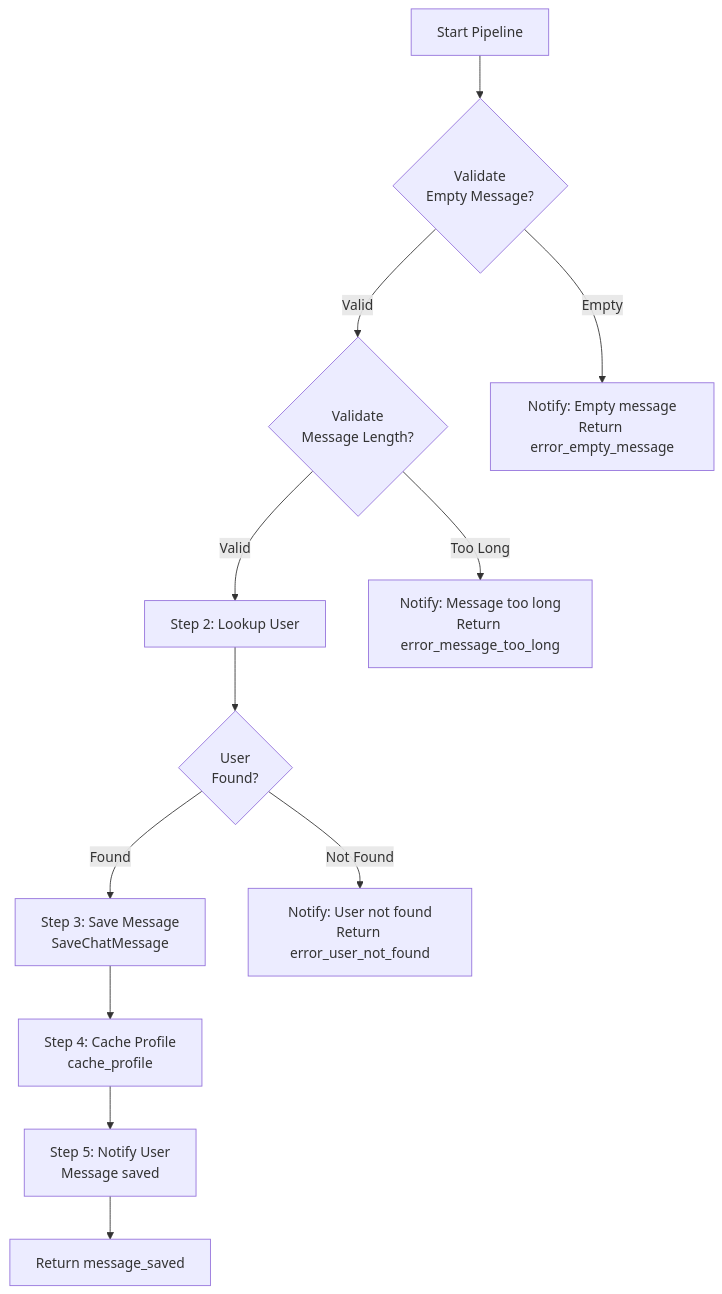
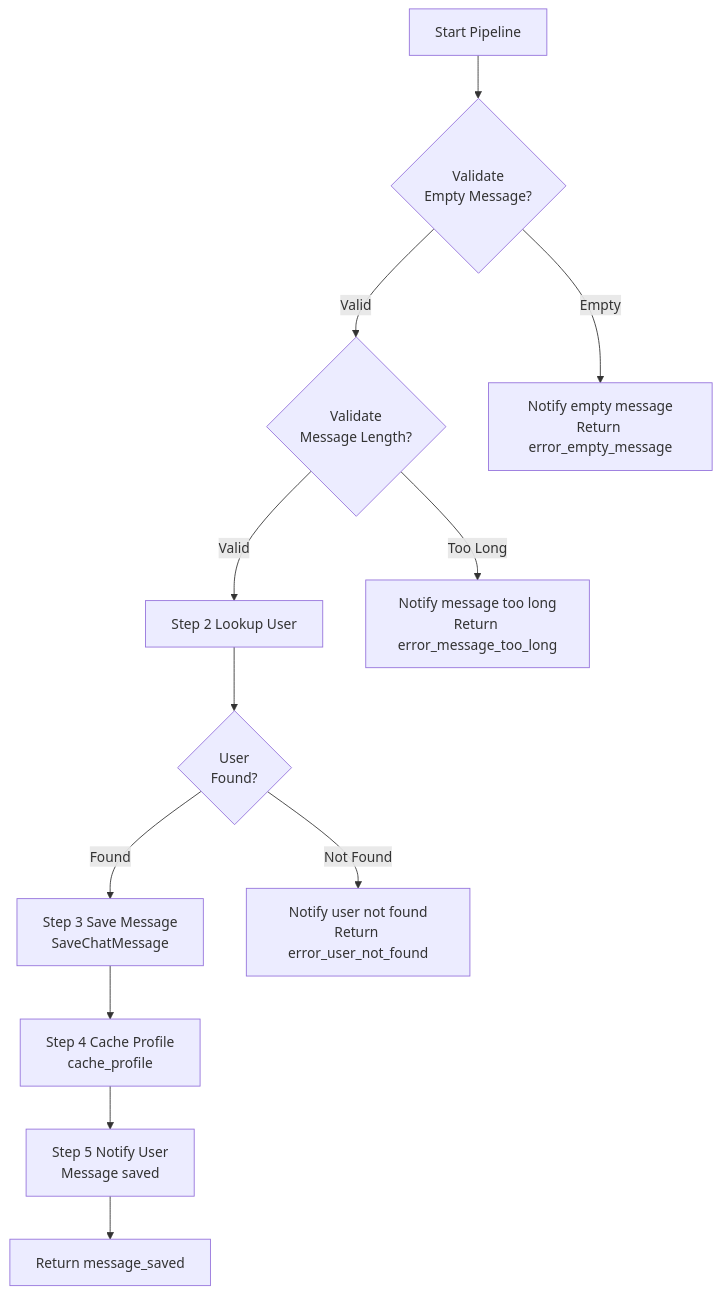
One commit to Tuee22/effectful changed the second of 2 diagrams in documents/tutorials/06_advanced_composition.md. Above: the diagram before and after it, drawn with Mermaid. The commit also changed 22 other files, not shown here.

````diff
--- a/documents/tutorials/06_advanced_composition.md
+++ b/documents/tutorials/06_advanced_composition.md
@@ -400,28 +400,28 @@
 ```mermaid
 flowchart TB
     Start[Start Pipeline]
     ValidateEmpty{Validate<br/>Empty Message?}
     ValidateLength{Validate<br/>Message Length?}
-    LookupUser[Step 2: Lookup User]
+    LookupUser[Step 2 Lookup User]
     UserExists{User<br/>Found?}
-    SaveMessage[Step 3: Save Message<br/>SaveChatMessage]
-    CacheProfile[Step 4: Cache Profile<br/>cache_profile]
-    NotifySuccess[Step 5: Notify User<br/>Message saved]
+    SaveMessage[Step 3 Save Message<br/>SaveChatMessage]
+    CacheProfile[Step 4 Cache Profile<br/>cache_profile]
+    NotifySuccess[Step 5 Notify User<br/>Message saved]
 
-    ErrorEmpty[Notify: Empty message<br/>Return error_empty_message]
-    ErrorLength[Notify: Message too long<br/>Return error_message_too_long]
-    ErrorUser[Notify: User not found<br/>Return error_user_not_found]
+    ErrorEmpty[Notify empty message<br/>Return error_empty_message]
+    ErrorLength[Notify message too long<br/>Return error_message_too_long]
+    ErrorUser[Notify user not found<br/>Return error_user_not_found]
     Success[Return message_saved]
 
     Start --> ValidateEmpty
     ValidateEmpty -->|Empty| ErrorEmpty
     ValidateEmpty -->|Valid| ValidateLength
     ValidateLength -->|Too Long| ErrorLength
     ValidateLength -->|Valid| LookupUser
     LookupUser --> UserExists
     UserExists -->|Not Found| ErrorUser
     UserExists -->|Found| SaveMessage
     SaveMessage --> CacheProfile
     CacheProfile --> NotifySuccess
     NotifySuccess --> Success
 ```
````
